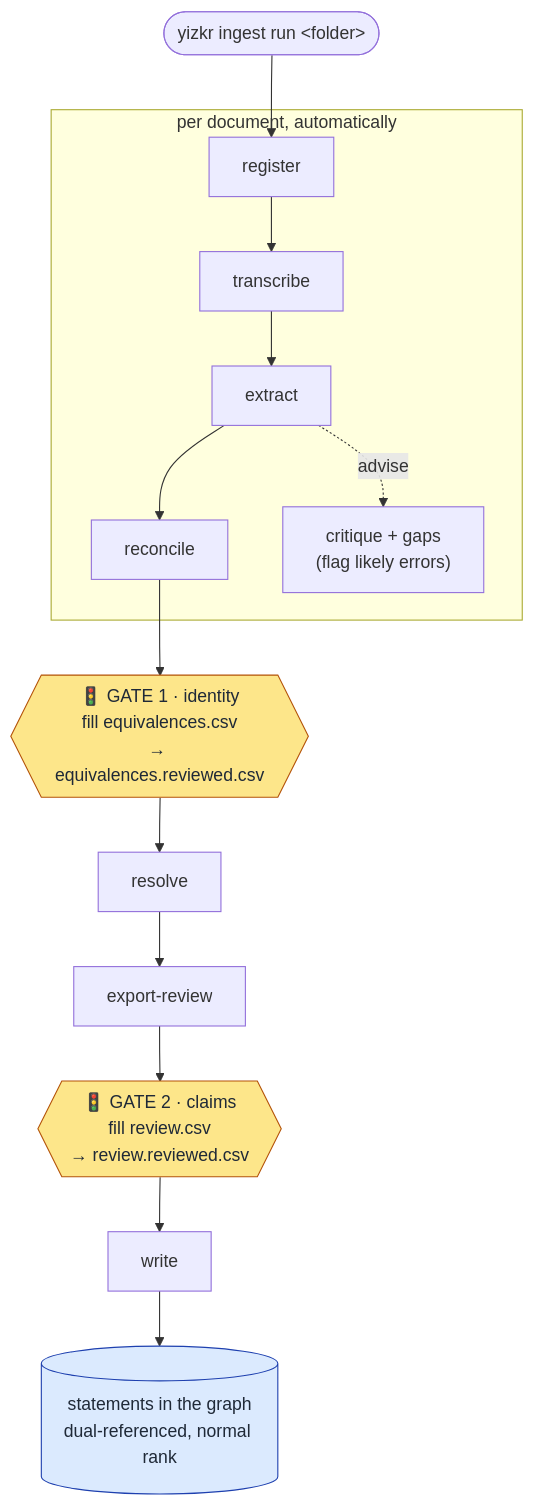
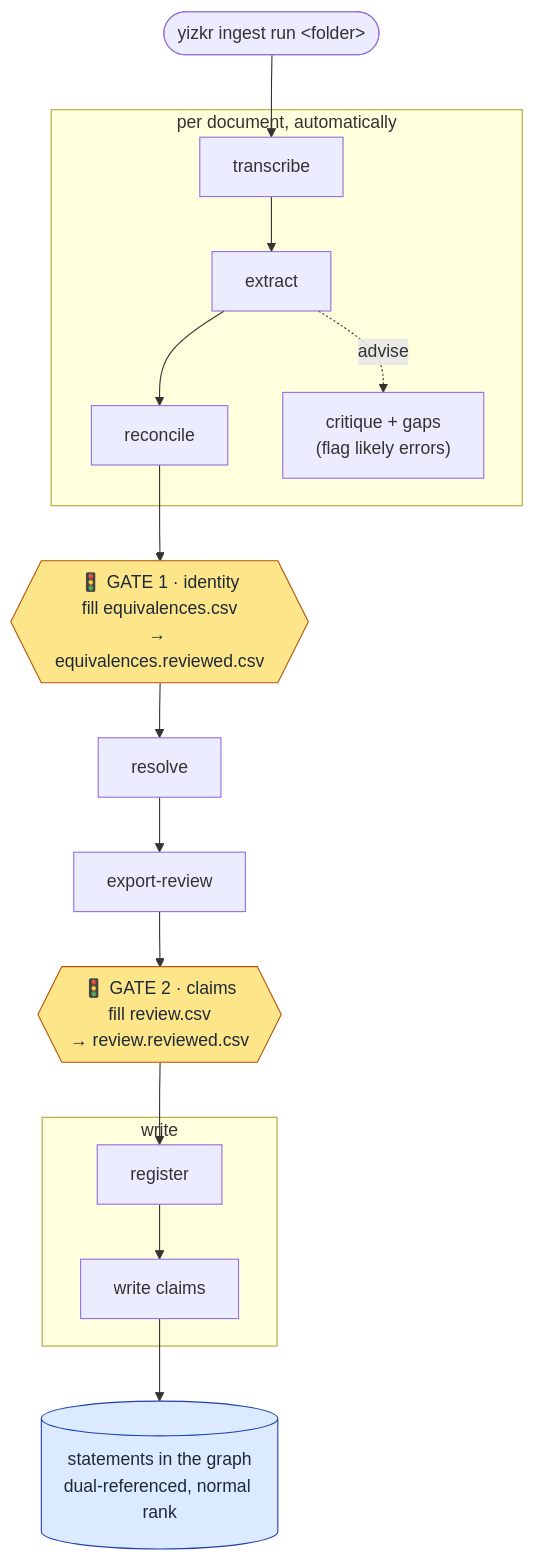
One commit to WillHirsch/yizkr changed the first of 2 diagrams in src/yizkr/pipeline/README.md. Above: the diagram before and after it, drawn with Mermaid. The commit also changed other lines of this file, not shown here.

First line of the commit message:
Pipeline README: registration is the write's first step (#372)

````diff
--- a/src/yizkr/pipeline/README.md
+++ b/src/yizkr/pipeline/README.md
@@ -19,19 +19,25 @@
 ```mermaid
 flowchart TD
-    run(["yizkr ingest run &lt;folder&gt;"]) --> register
+    run(["yizkr ingest run &lt;folder&gt;"]) --> transcribe
 
     subgraph auto ["per document, automatically"]
-        register[register] --> transcribe[transcribe] --> extract[extract] --> reconcile[reconcile]
+        transcribe[transcribe] --> extract[extract] --> reconcile[reconcile]
         extract -. advise .-> critique["critique + gaps<br/>(flag likely errors)"]
     end
 
     reconcile --> gate1{{"🚦 GATE 1 · identity<br/>fill equivalences.csv<br/>→ equivalences.reviewed.csv"}}
     gate1 --> resolve[resolve] --> export[export-review]
     export --> gate2{{"🚦 GATE 2 · claims<br/>fill review.csv<br/>→ review.reviewed.csv"}}
-    gate2 --> write[write] --> outcome[("statements in the graph<br/>dual-referenced, normal rank")]
+    gate2 --> register
+
+    subgraph write ["write"]
+        register[register] --> claims[write claims]
+    end
+
+    claims --> outcome[("statements in the graph<br/>dual-referenced, normal rank")]
 
     classDef gate fill:#fde68a,stroke:#b45309,color:#1f2937;
     classDef store fill:#dbeafe,stroke:#1e40af,color:#1f2937;
     class gate1,gate2 gate
     class outcome store
 ```
````
